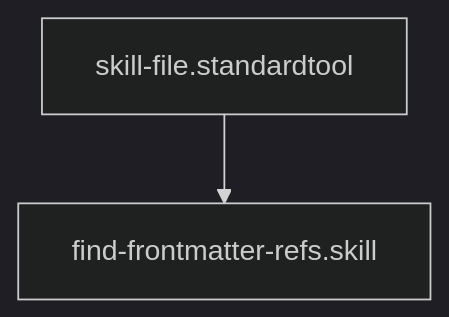
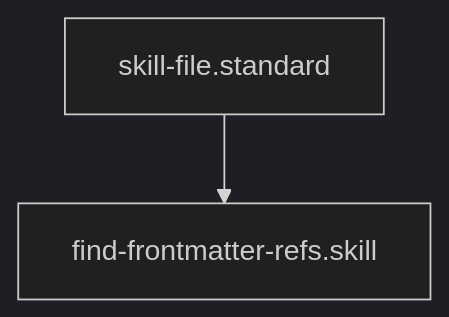
Before and after one commit to Gizmo4Life/ai-kernel: the diagram in skills/find-frontmatter-refs.skill.md, drawn with Mermaid (dark theme). The commit also changed other lines of this file and 89 other files, not shown here.

````diff
--- a/skills/find-frontmatter-refs.skill.md
+++ b/skills/find-frontmatter-refs.skill.md
@@ -25,4 +26,4 @@
 ```mermaid
 graph TD
-    skill-file.standardtool --> find-frontmatter-refs.skill
+    skill-file.standard --> find-frontmatter-refs.skill
 ```
````
